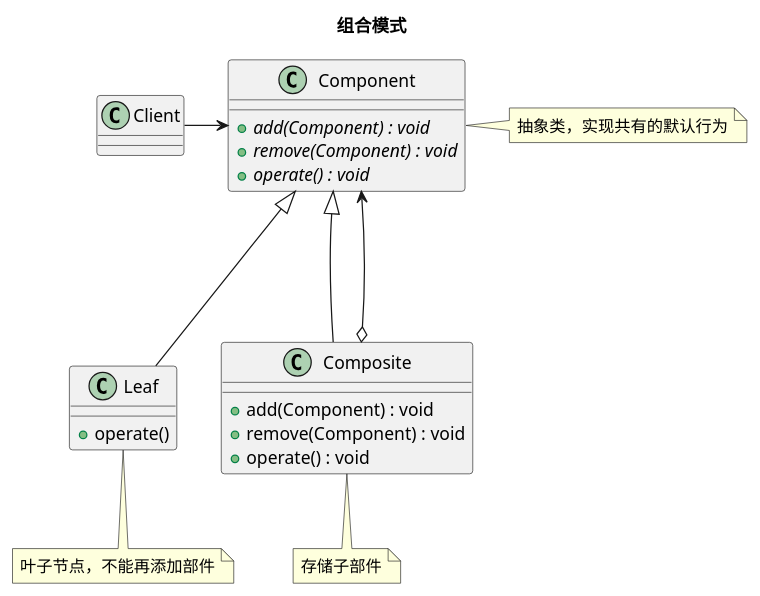
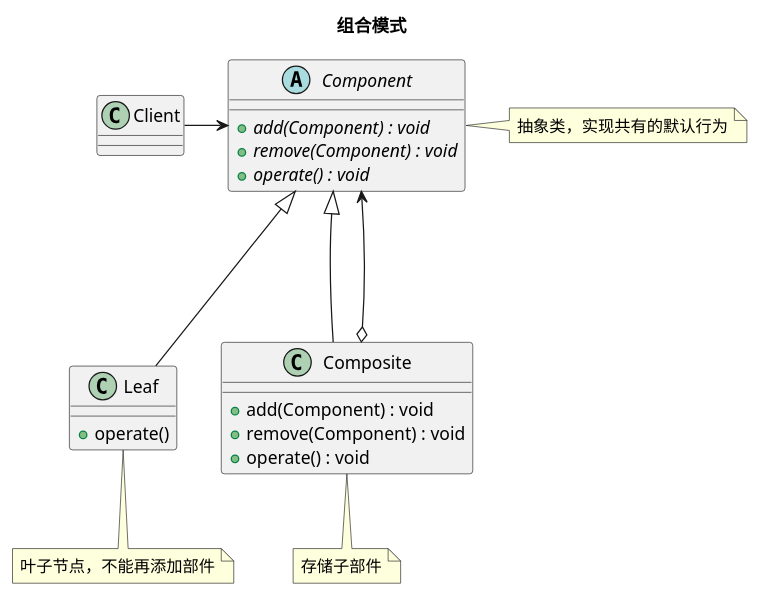
Before and after one commit to lepoch/lepoch.github.io: the diagram in source/_posts/模式-组合模式.md, drawn with PlantUML. The commit also changed other lines of this file and 5 other files, not shown here.

````diff
--- a/source/_posts/模式-组合模式.md
+++ b/source/_posts/模式-组合模式.md
@@ -32,31 +31,31 @@
 ```plantuml
 @startuml
 Title "组合模式"
 
 class Client
-class Component {
+abstract class Component {
   +{abstract} add(Component) : void
   +{abstract} remove(Component) : void
   +{abstract} operate() : void
 }
 note right: 抽象类，实现共有的默认行为
 
 class Leaf{
   +operate()
 }
 note bottom: 叶子节点，不能再添加部件
 
 class Composite{
   +add(Component) : void
   +remove(Component) : void
   +operate() : void
 }
 note bottom: 存储子部件
 
 Client -right--> Component
 Composite -up--|> Component
 Leaf -up--|> Component
 Component <--o Composite
 
 @enduml
 ```
````
